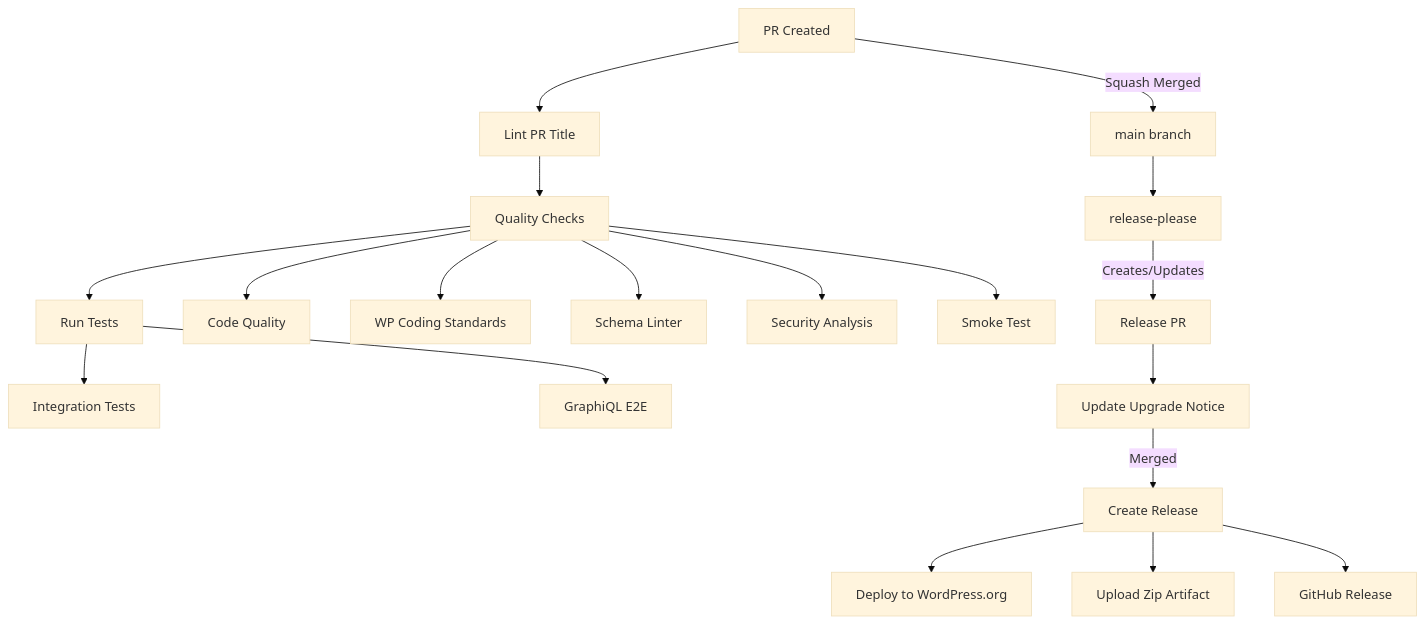
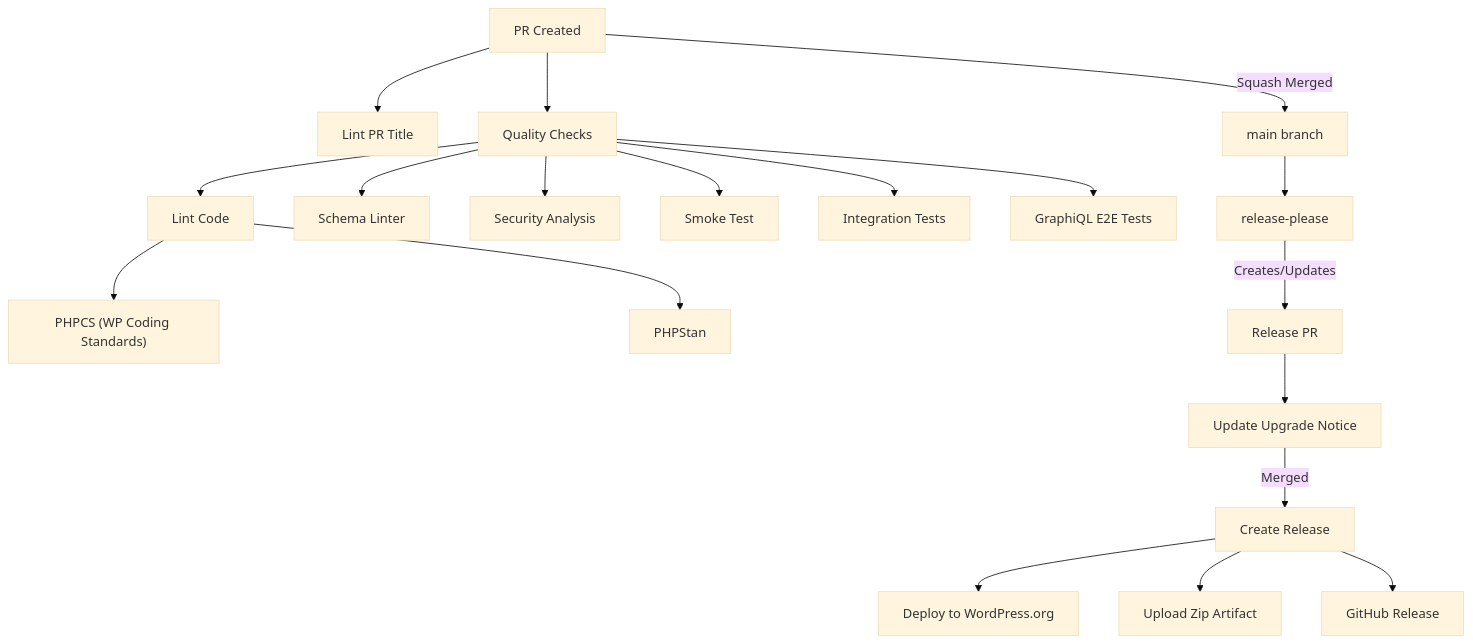
One commit to wp-graphql/wp-graphql changed the diagram in .github/workflows/README.md. Above: the diagram before and after it, drawn with Mermaid (base theme). The commit also changed other lines of this file and 4 other files, not shown here.

Commit message:
ci: combine phpcs/phpstan workflows into reusable lint (#3479)

````diff
--- a/.github/workflows/README.md
+++ b/.github/workflows/README.md
@@ -107,28 +101,28 @@
 ```mermaid
 flowchart TD
     %% PR Process
     PR[PR Created] --> LPR[Lint PR Title]
-    LPR --> QA[Quality Checks]
-    QA --> Tests[Run Tests]
+    PR --> QA[Quality Checks]
 
     %% Quality Checks
-    QA --> CQ[Code Quality]
-    QA --> WCS[WP Coding Standards]
+    QA --> Lint[Lint Code]
     QA --> SL[Schema Linter]
     QA --> SEC[Security Analysis]
     QA --> SM[Smoke Test]
+    QA --> INT[Integration Tests]
+    QA --> E2E[GraphiQL E2E Tests]
 
-    %% Tests
-    Tests --> INT[Integration Tests]
-    Tests --> E2E[GraphiQL E2E]
+    %% Linting
+    Lint --> CS["PHPCS (WP Coding Standards)"]
+    Lint --> STAN[PHPStan]
 
     %% Merge and Release
     PR --> |Squash Merged| MAIN[main branch]
     MAIN --> RP[release-please]
     RP --> |Creates/Updates| RPR[Release PR]
     RPR --> URP[Update Upgrade Notice]
     URP --> |Merged| REL[Create Release]
     REL --> WO[Deploy to WordPress.org]
     REL --> ZIP[Upload Zip Artifact]
     REL --> GH[GitHub Release]
 ```
````
